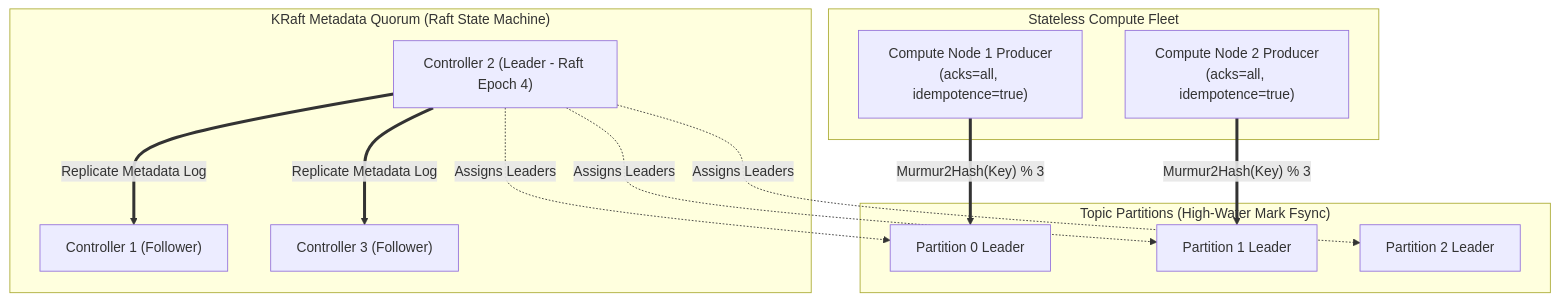
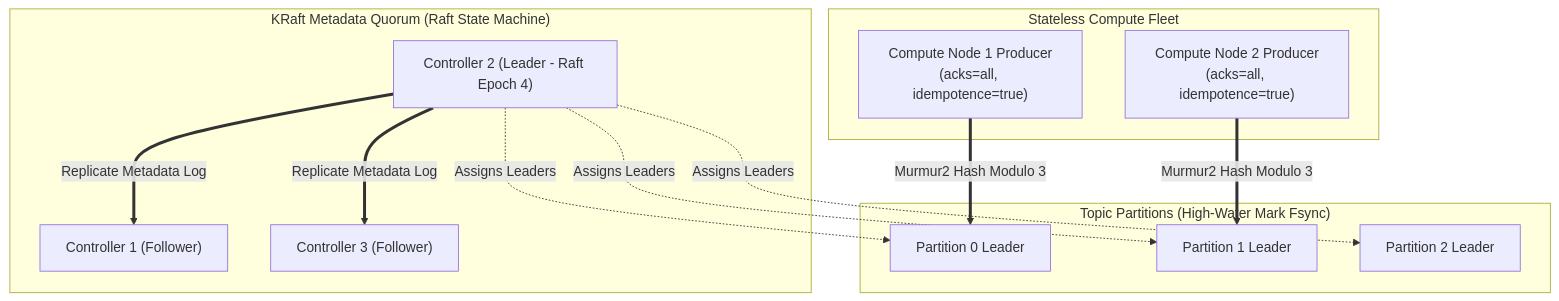
One commit to Chief-Strategist-J/llm-obs-infra changed the seventh of 10 diagrams in docs/architectureDoc/adr-0021-stateless-compute-autoscaling-and-stateful-plane-decoupling.md. Above: the diagram before and after it, drawn with Mermaid. The commit also changed other lines of this file, not shown here.

Commit message:
fix(adr-0021): sanitize all Mermaid edge and node labels for universal parser compatibility

````diff
--- a/docs/architectureDoc/adr-0021-stateless-compute-autoscaling-and-stateful-plane-decoupling.md
+++ b/docs/architectureDoc/adr-0021-stateless-compute-autoscaling-and-stateful-plane-decoupling.md
@@ -490,28 +490,28 @@
 ```mermaid
 flowchart TD
     subgraph KRaftQuorum["KRaft Metadata Quorum (Raft State Machine)"]
         K1["Controller 1 (Follower)"]
         K2["Controller 2 (Leader - Raft Epoch 4)"]
         K3["Controller 3 (Follower)"]
         K2 ==>|Replicate Metadata Log| K1
         K2 ==>|Replicate Metadata Log| K3
     end
 
     subgraph TopicPartitions["Topic Partitions (High-Water Mark Fsync)"]
         L0["Partition 0 Leader"]
         L1["Partition 1 Leader"]
         L2["Partition 2 Leader"]
     end
 
     K2 -. Assigns Leaders .-> L0
     K2 -. Assigns Leaders .-> L1
     K2 -. Assigns Leaders .-> L2
 
     subgraph ComputeFleet["Stateless Compute Fleet"]
         P_VM1["Compute Node 1 Producer<br/>(acks=all, idempotence=true)"]
         P_VM2["Compute Node 2 Producer<br/>(acks=all, idempotence=true)"]
     end
 
-    P_VM1 ==>|"Murmur2Hash(Key) % 3"| L0
-    P_VM2 ==>|"Murmur2Hash(Key) % 3"| L1
+    P_VM1 ==>|Murmur2 Hash Modulo 3| L0
+    P_VM2 ==>|Murmur2 Hash Modulo 3| L1
 ```
````
